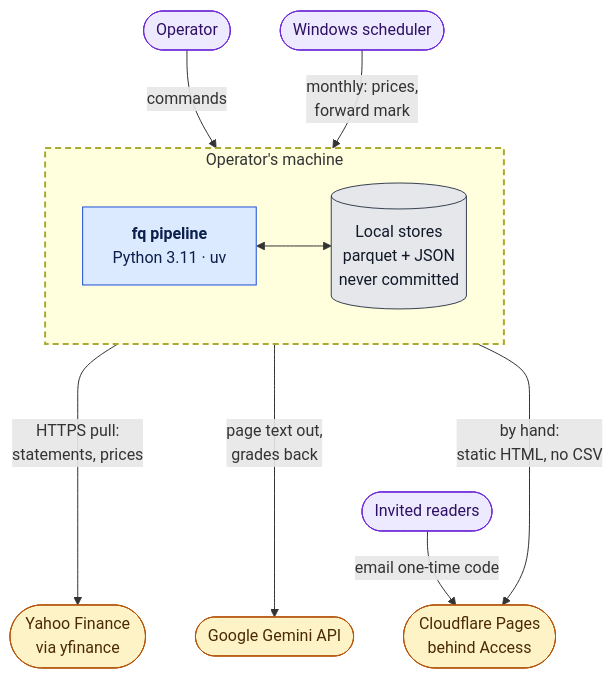
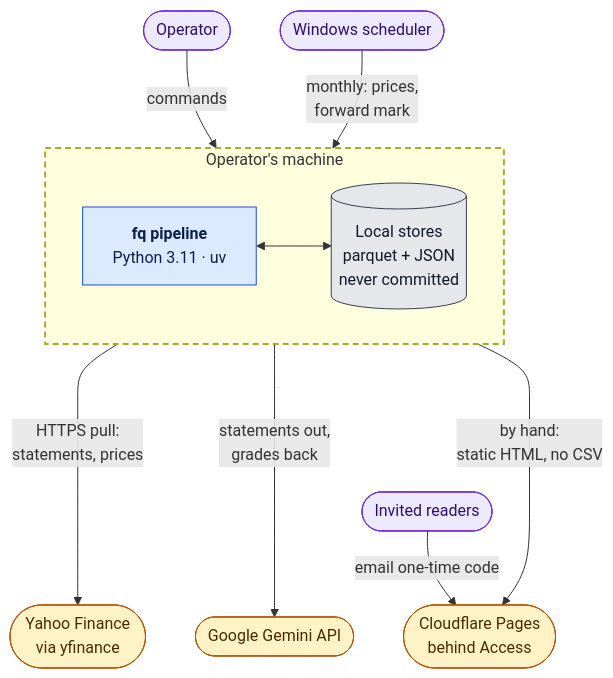
Before and after one commit to JAlvarezRomario/equity-screening-pipeline: the first of 5 diagrams in ARCHITECTURE.md, drawn with Mermaid. The commit also changed other lines of this file and 13 other files, not shown here.

````diff
--- a/ARCHITECTURE.md
+++ b/ARCHITECTURE.md
@@ -46,23 +46,23 @@
 ```mermaid
 flowchart TB
     OP(["Operator"]) -->|"commands"| FQ
     SCH(["Windows scheduler"]) -->|"monthly: prices,<br/>forward mark"| FQ
     subgraph M["Operator's machine"]
         direction LR
         FQ["<b>fq pipeline</b><br/>Python 3.11 · uv"] <--> ST[("Local stores<br/>parquet + JSON<br/>never committed")]
     end
     FQ ---->|"HTTPS pull:<br/>statements, prices"| Y(["Yahoo Finance<br/>via yfinance"])
-    FQ ---->|"page text out,<br/>grades back"| G(["Google Gemini API"])
+    FQ ---->|"statements out,<br/>grades back"| G(["Google Gemini API"])
     FQ ---->|"by hand:<br/>static HTML, no CSV"| CF(["Cloudflare Pages<br/>behind Access"])
     R(["Invited readers"]) -->|"email one-time code"| CF
 
     classDef ext fill:#fef3c7,stroke:#b45309,color:#4a2a04
     classDef pure fill:#dbeafe,stroke:#1d4ed8,color:#0b1f4d
     classDef store fill:#e5e7eb,stroke:#374151,color:#111827
     classDef person fill:#ede9fe,stroke:#6d28d9,color:#2e1065
     class Y,G,CF ext
     class FQ pure
     class ST store
     class OP,SCH,R person
     style M stroke-dasharray:6 4,stroke-width:2px
 ```
````
